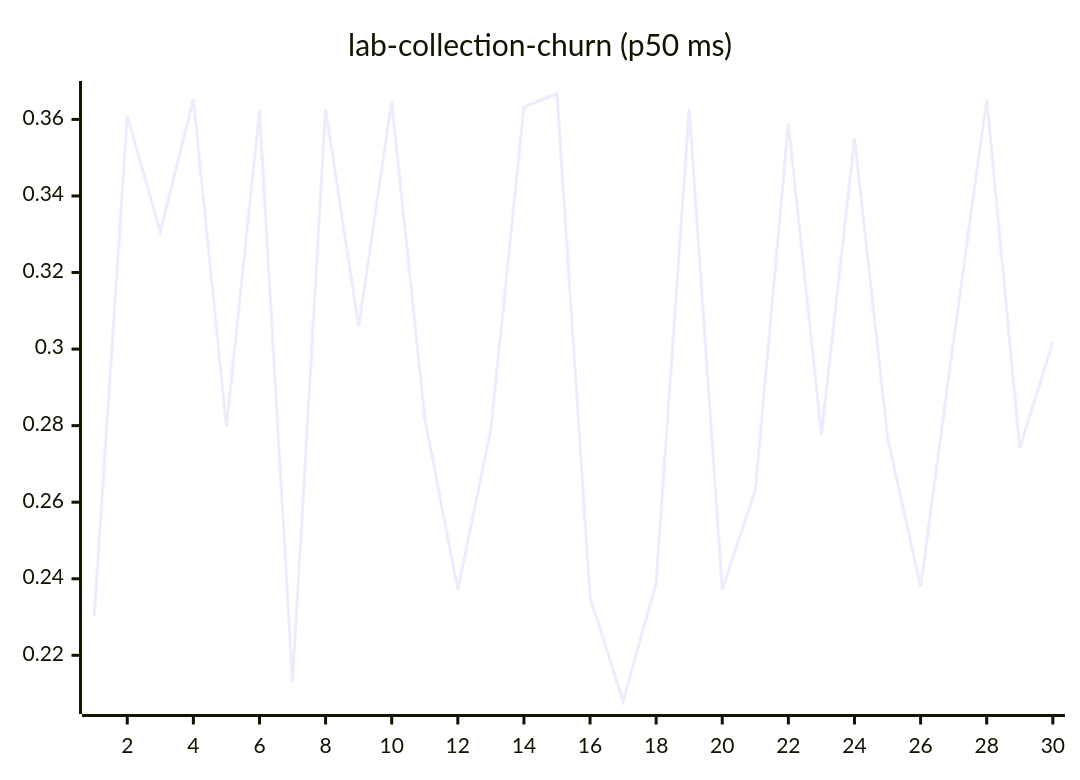
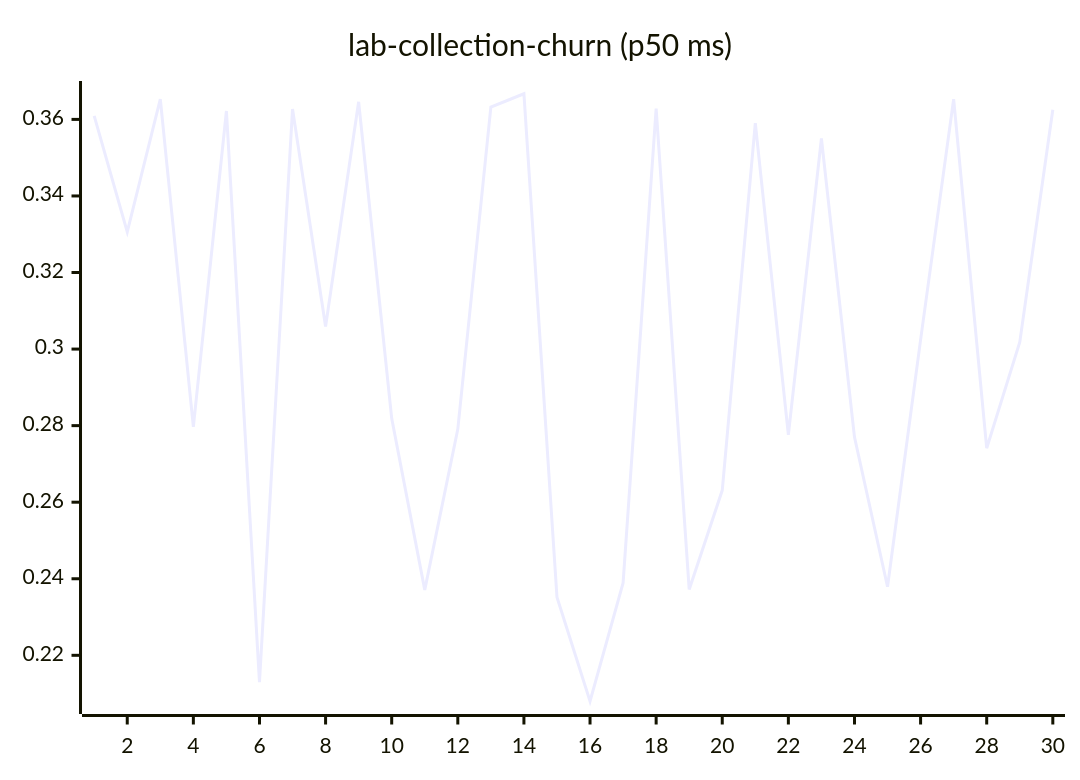
Diagram 11 of 27 in README.md (josha/Facet), drawn with Mermaid before and after one commit. The commit also changed other lines of this file and 2 other files, not shown here.

````diff
--- a/README.md
+++ b/README.md
@@ -133,6 +133,6 @@
 ```mermaid
 xychart-beta
     title "lab-collection-churn (p50 ms)"
     x-axis 1 --> 30
-    line [0.2301, 0.3609, 0.3306, 0.3653, 0.2797, 0.3622, 0.2130, 0.3627, 0.3059, 0.3646, 0.2819, 0.2371, 0.2791, 0.3632, 0.3667, 0.2352, 0.2080, 0.2389, 0.3628, 0.2372, 0.2631, 0.3590, 0.2776, 0.3550, 0.2770, 0.2379, 0.3024, 0.3653, 0.2741, 0.3018]
+    line [0.3609, 0.3306, 0.3653, 0.2797, 0.3622, 0.2130, 0.3627, 0.3059, 0.3646, 0.2819, 0.2371, 0.2791, 0.3632, 0.3667, 0.2352, 0.2080, 0.2389, 0.3628, 0.2372, 0.2631, 0.3590, 0.2776, 0.3550, 0.2770, 0.2379, 0.3024, 0.3653, 0.2741, 0.3018, 0.3625]
 ```
````
